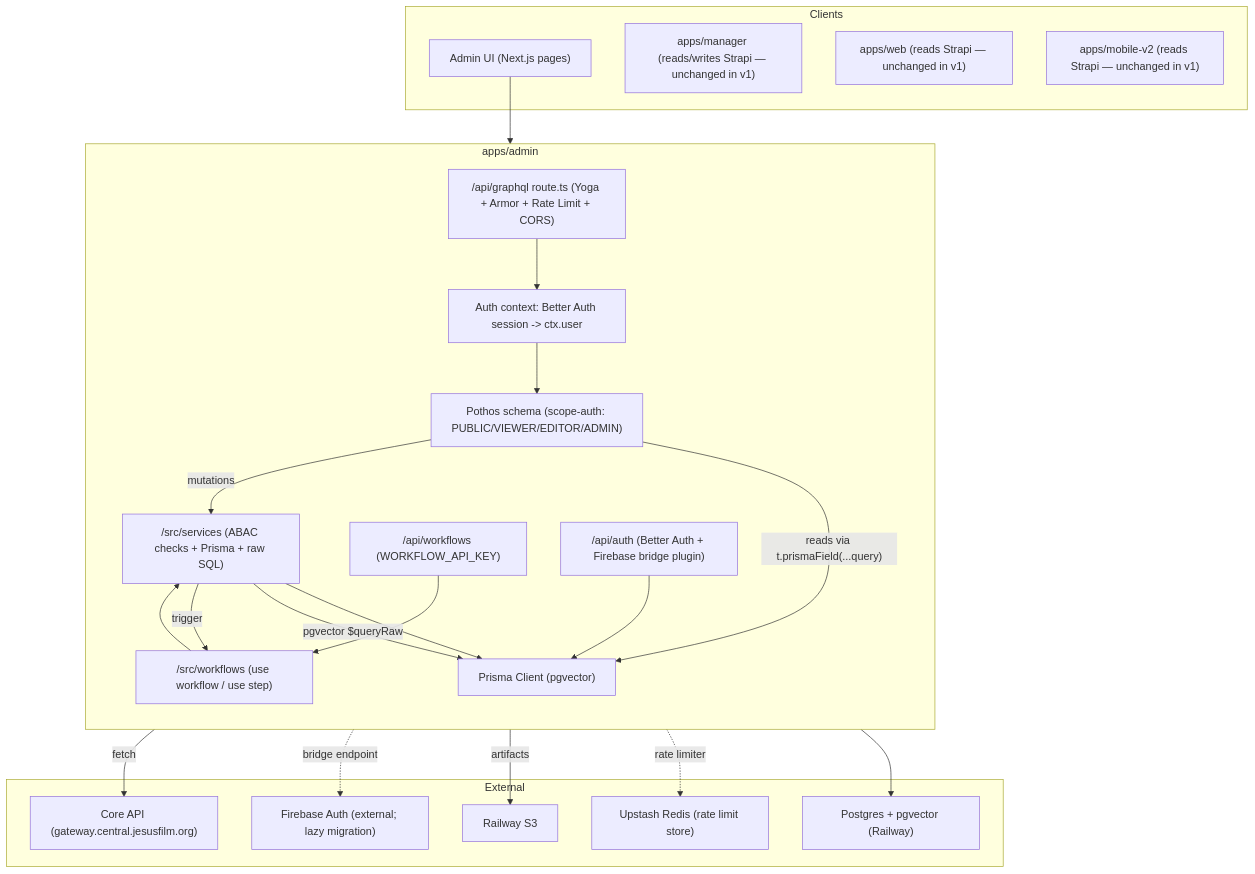
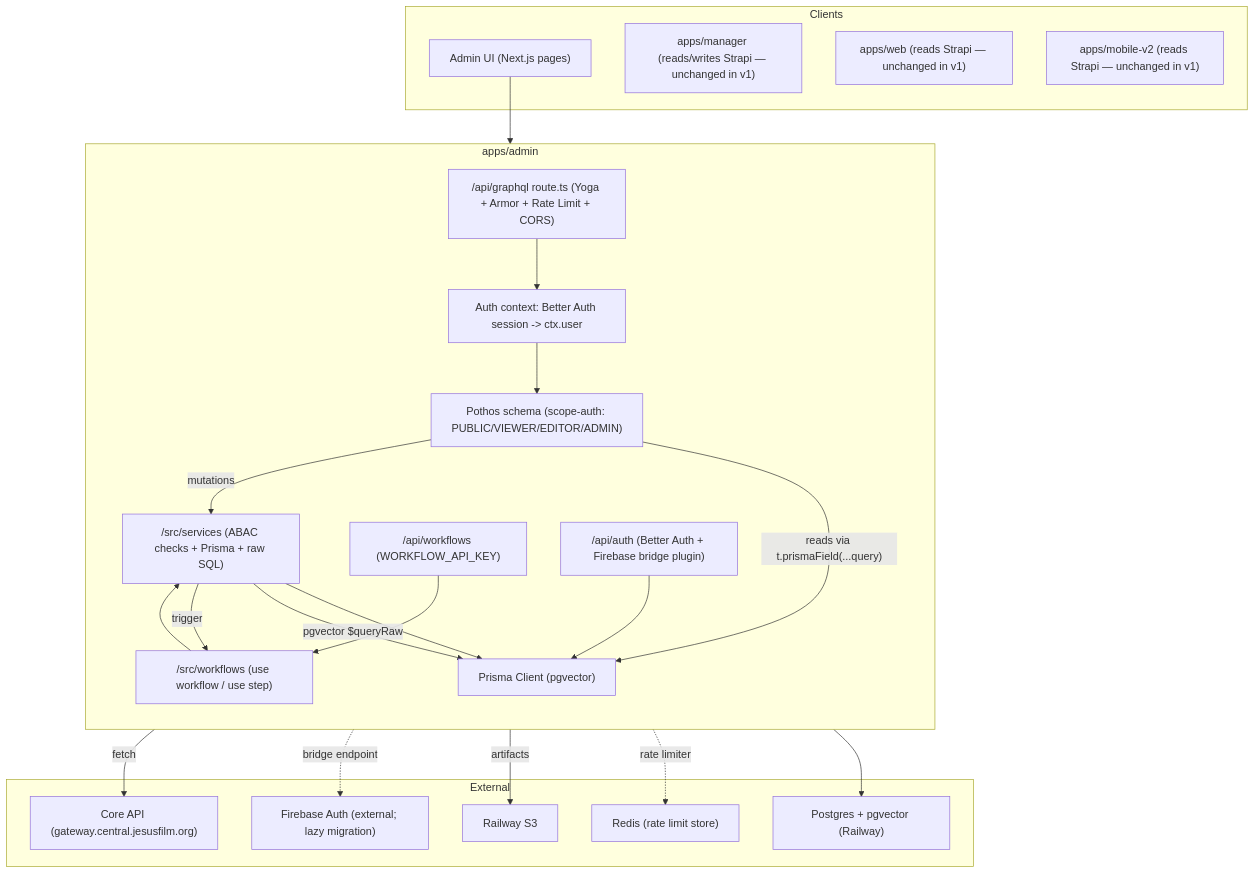
Before and after one commit to JesusFilm/forge: the diagram in docs/plans/2026-04-13-002-feat-admin-app-graphql-postgres-plan.md, drawn with Mermaid. The commit also changed other lines of this file and 5 other files, not shown here.

````diff
--- a/docs/plans/2026-04-13-002-feat-admin-app-graphql-postgres-plan.md
+++ b/docs/plans/2026-04-13-002-feat-admin-app-graphql-postgres-plan.md
@@ -153,45 +153,45 @@
 ```mermaid
 flowchart TB
   subgraph Client["Clients"]
     AdminUI["Admin UI (Next.js pages)"]
     Manager["apps/manager (reads/writes Strapi — unchanged in v1)"]
     Web["apps/web (reads Strapi — unchanged in v1)"]
     Mobile["apps/mobile-v2 (reads Strapi — unchanged in v1)"]
   end
 
   subgraph Admin["apps/admin"]
     direction TB
     Route["/api/graphql route.ts (Yoga + Armor + Rate Limit + CORS)"]
     AuthMW["Auth context: Better Auth session -> ctx.user"]
     Pothos["Pothos schema (scope-auth: PUBLIC/VIEWER/EDITOR/ADMIN)"]
     Services["/src/services (ABAC checks + Prisma + raw SQL)"]
     Prisma["Prisma Client (pgvector)"]
     Workflows["/src/workflows (use workflow / use step)"]
     WorkflowAPI["/api/workflows (WORKFLOW_API_KEY)"]
     BetterAuthAPI["/api/auth (Better Auth + Firebase bridge plugin)"]
   end
 
   subgraph External["External"]
     CoreAPI["Core API (gateway.central.jesusfilm.org)"]
     Firebase["Firebase Auth (external; lazy migration)"]
     S3["Railway S3"]
-    Redis["Upstash Redis (rate limit store)"]
+    Redis["Redis (rate limit store)"]
     Postgres["Postgres + pgvector (Railway)"]
   end
 
   AdminUI --> Route
   Route --> AuthMW --> Pothos
   Pothos -- "reads via t.prismaField(...query)" --> Prisma
   Pothos -- "mutations" --> Services
   Services --> Prisma
   Services -- "pgvector $queryRaw" --> Prisma
   Services -- "trigger" --> Workflows
   WorkflowAPI --> Workflows
   Workflows --> Services
   Workflows -- "fetch" --> CoreAPI
   Workflows -- "artifacts" --> S3
   BetterAuthAPI -. "bridge endpoint" .-> Firebase
   BetterAuthAPI --> Prisma
   Prisma --> Postgres
   Route -. "rate limiter" .-> Redis
 ```
````
